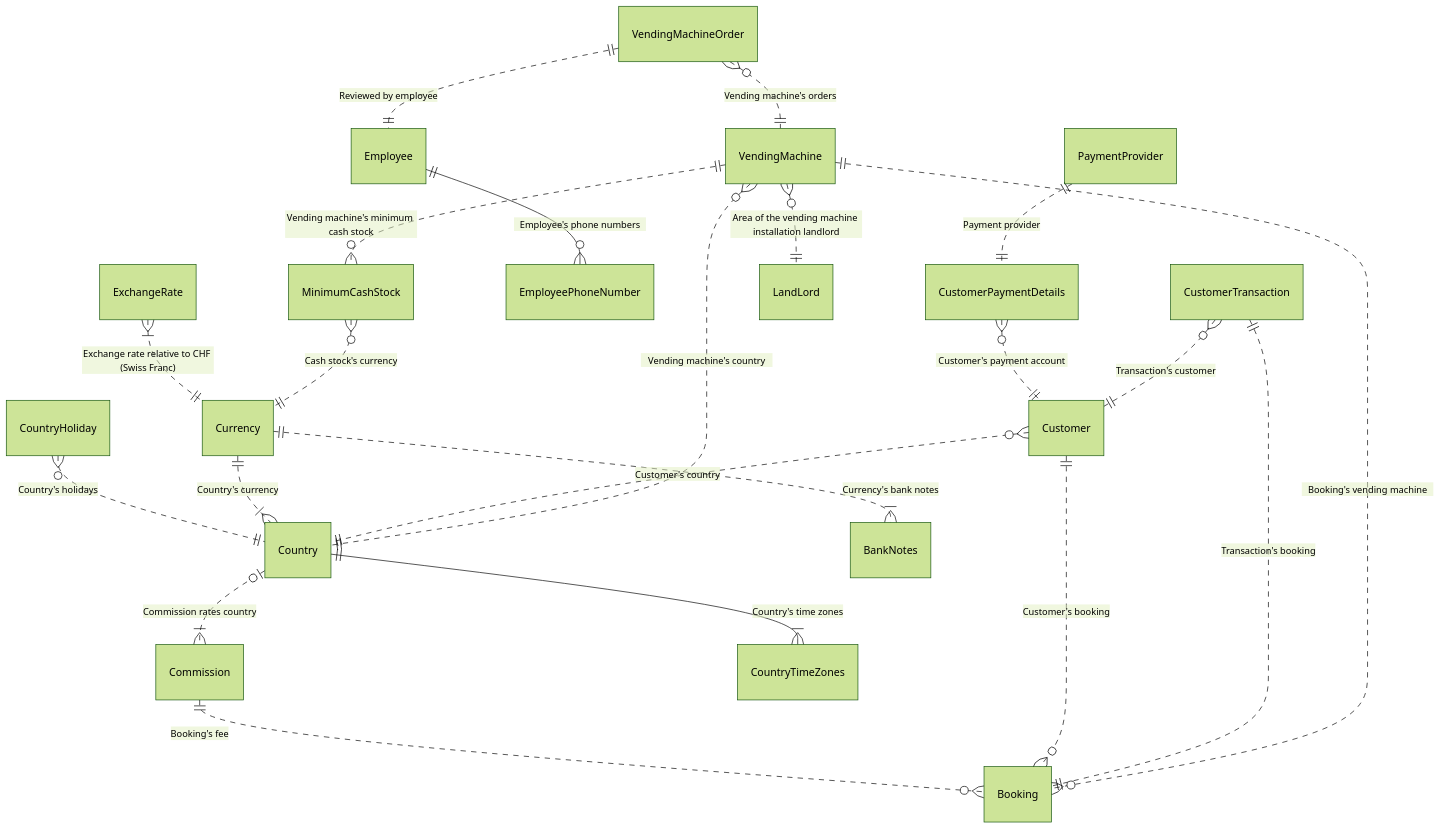
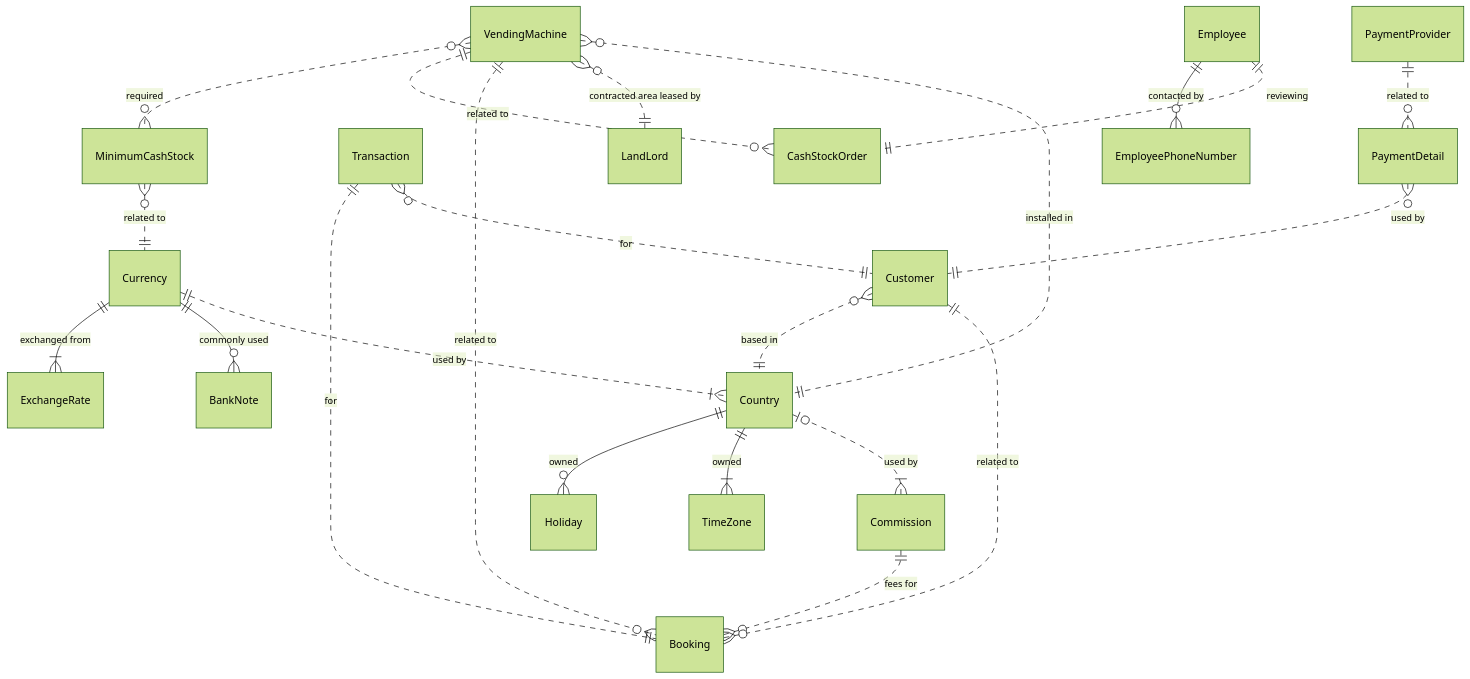
Before and after one commit to NoxOrg/Nox: the diagram in samples/README.md, drawn with Mermaid (forest theme). The commit also changed other lines of this file and 251 other files, not shown here.

````diff
--- a/samples/README.md
+++ b/samples/README.md
@@ -12,61 +12,61 @@
 ``` mermaid
 erDiagram
     Booking {
     }
     Commission {
     }
-    Commission||..o{Booking : "Booking's fee"
+    Commission||..o{Booking : "fees for"
     Country {
     }
-    Country|o..|{Commission : "Commission rates country"
-    Country||--|{CountryTimeZones : "Country's time zones"
-    CountryHoliday {
+    Country|o..|{Commission : "used by"
+    Country||--|{TimeZone : "owned"
+    Country||--o{Holiday : "owned"
+    Holiday {
     }
-    CountryHoliday}o..||Country : "Country's holidays"
-    CountryTimeZones {
+    TimeZone {
     }
     Currency {
     }
-    Currency||..|{BankNotes : "Currency's bank notes"
-    Currency||..|{Country : "Country's currency"
-    BankNotes {
+    Currency||..|{Country : "used by"
+    Currency||--o{BankNote : "commonly used"
+    Currency||--|{ExchangeRate : "exchanged from"
+    BankNote {
     }
     Customer {
     }
-    Customer||..o{Booking : "Customer's booking"
-    Customer}o..||Country : "Customer's country"
-    CustomerPaymentDetails {
+    Customer||..o{Booking : "related to"
+    Customer}o..||Country : "based in"
+    PaymentDetail {
     }
-    CustomerPaymentDetails}o..||Customer : "Customer's payment account"
-    CustomerTransaction {
+    PaymentDetail}o..||Customer : "used by"
+    Transaction {
     }
-    CustomerTransaction}o..||Customer : "Transaction's customer"
-    CustomerTransaction||..||Booking : "Transaction's booking"
+    Transaction}o..||Customer : "for"
+    Transaction||..||Booking : "for"
     Employee {
     }
-    Employee||--o{EmployeePhoneNumber : "Employee's phone numbers"
+    Employee||..||CashStockOrder : "reviewing"
+    Employee||--o{EmployeePhoneNumber : "contacted by"
     EmployeePhoneNumber {
     }
     ExchangeRate {
     }
-    ExchangeRate}|..||Currency : "Exchange rate relative to CHF (Swiss Franc)"
     LandLord {
     }
     MinimumCashStock {
     }
-    MinimumCashStock}o..||Currency : "Cash stock's currency"
+    MinimumCashStock}o..||Currency : "related to"
     PaymentProvider {
     }
-    PaymentProvider||..||CustomerPaymentDetails : "Payment provider"
+    PaymentProvider||..o{PaymentDetail : "related to"
     VendingMachine {
     }
-    VendingMachine}o..||Country : "Vending machine's country"
-    VendingMachine}o..||LandLord : "Area of the vending machine installation landlord"
-    VendingMachine||..o{Booking : "Booking's vending machine"
-    VendingMachine||..o{MinimumCashStock : "Vending machine's minimum cash stock"
-    VendingMachineOrder {
+    VendingMachine}o..||Country : "installed in"
+    VendingMachine}o..||LandLord : "contracted area leased by"
+    VendingMachine||..o{Booking : "related to"
+    VendingMachine||..o{CashStockOrder : "related to"
+    VendingMachine}o..o{MinimumCashStock : "required"
+    CashStockOrder {
     }
-    VendingMachineOrder}o..||VendingMachine : "Vending machine's orders"
-    VendingMachineOrder||..||Employee : "Reviewed by employee"
 
 ```
````
